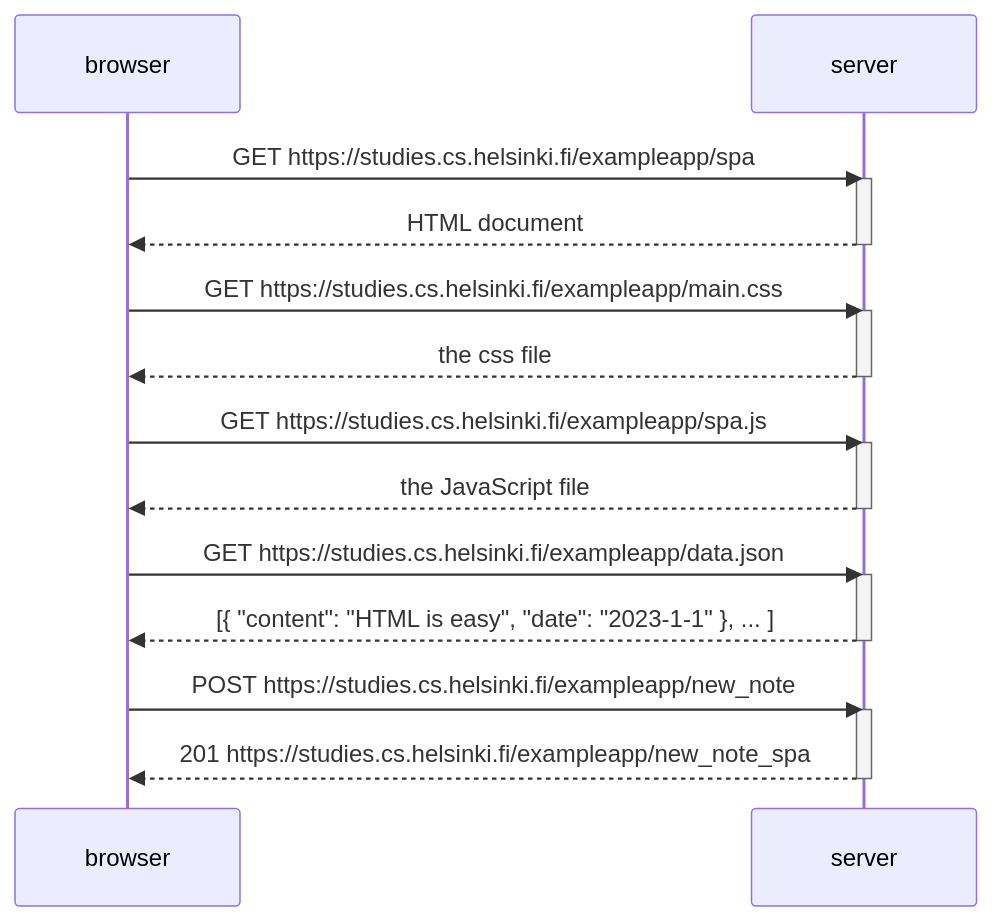
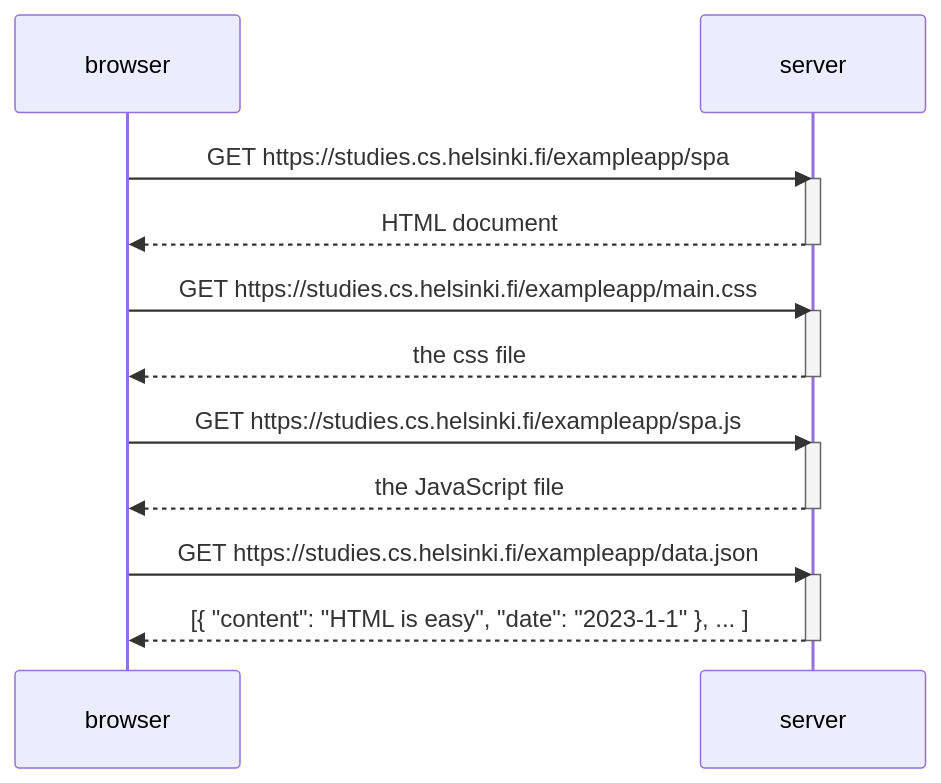
One commit to NicholasWatney/fso changed the diagram in part0/0_5.md. Above: the diagram before and after it, drawn with Mermaid.

````diff
--- a/part0/0_5.md
+++ b/part0/0_5.md
@@ -2,30 +2,25 @@
 ```mermaid
 sequenceDiagram
     participant browser
     participant server
 
     browser->>server: GET https://studies.cs.helsinki.fi/exampleapp/spa
     activate server
     server-->>browser: HTML document
     deactivate server
 
     browser->>server: GET https://studies.cs.helsinki.fi/exampleapp/main.css
     activate server
     server-->>browser: the css file
     deactivate server
 
     browser->>server: GET https://studies.cs.helsinki.fi/exampleapp/spa.js
     activate server
     server-->>browser: the JavaScript file
     deactivate server
 
     browser->>server: GET https://studies.cs.helsinki.fi/exampleapp/data.json
     activate server
     server-->>browser: [{ "content": "HTML is easy", "date": "2023-1-1" }, ... ]
     deactivate server
-
-    browser->>server: POST https://studies.cs.helsinki.fi/exampleapp/new_note
-    activate server
-    server-->>browser: 201 https://studies.cs.helsinki.fi/exampleapp/new_note_spa
-    deactivate server
 ```
````
